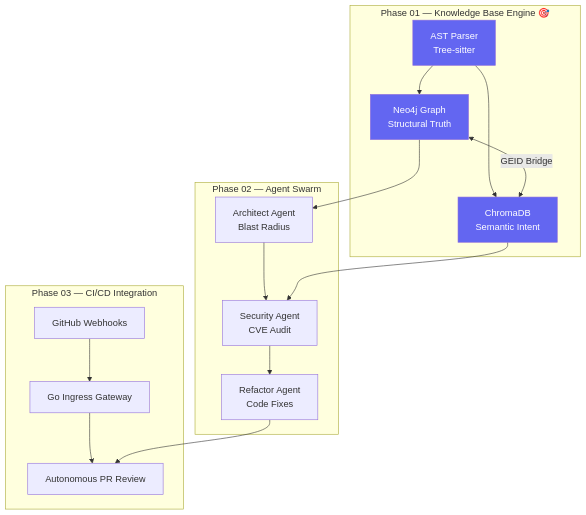
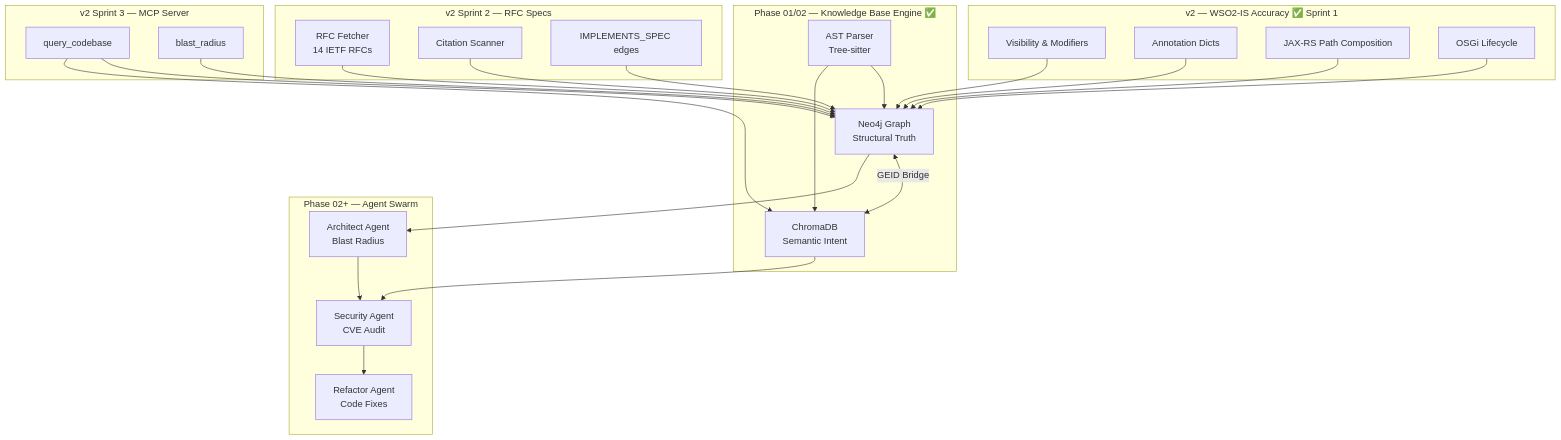
The second of 2 diagrams in docs/PROJECT_PROPOSAL.md (Bin4yi/nexus), drawn with Mermaid before and after one commit. The commit also changed other lines of this file and 20 other files, not shown here.

````diff
--- a/docs/PROJECT_PROPOSAL.md
+++ b/docs/PROJECT_PROPOSAL.md
@@ -58,26 +65,35 @@
 ```mermaid
 graph TB
-    subgraph "Phase 01 — Knowledge Base Engine 🎯"
+    subgraph "Phase 01/02 — Knowledge Base Engine ✅"
         P1[AST Parser<br/>Tree-sitter] --> P2[Neo4j Graph<br/>Structural Truth]
         P1 --> P3[ChromaDB<br/>Semantic Intent]
         P2 <-->|GEID Bridge| P3
     end
 
-    subgraph "Phase 02 — Agent Swarm"
+    subgraph "v2 — WSO2-IS Accuracy ✅ Sprint 1"
+        V1[Visibility & Modifiers] --> P2
+        V2[Annotation Dicts] --> P2
+        V3[JAX-RS Path Composition] --> P2
+        V4[OSGi Lifecycle] --> P2
+    end
+
+    subgraph "v2 Sprint 2 — RFC Specs"
+        R1[RFC Fetcher<br/>14 IETF RFCs] --> P2
+        R2[Citation Scanner] --> P2
+        R3[IMPLEMENTS_SPEC edges] --> P2
+    end
+
+    subgraph "v2 Sprint 3 — MCP Server"
+        M1[query_codebase] --> P2
+        M1 --> P3
+        M2[blast_radius] --> P2
+    end
+
+    subgraph "Phase 02+ — Agent Swarm"
         A1[Architect Agent<br/>Blast Radius] --> A2[Security Agent<br/>CVE Audit]
         A2 --> A3[Refactor Agent<br/>Code Fixes]
     end
 
-    subgraph "Phase 03 — CI/CD Integration"
-        C1[GitHub Webhooks] --> C2[Go Ingress Gateway]
-        C2 --> C3[Autonomous PR Review]
-    end
-
     P2 --> A1
     P3 --> A2
-    A3 --> C3
-
-    style P1 fill:#6366f1,color:#fff
-    style P2 fill:#6366f1,color:#fff
-    style P3 fill:#6366f1,color:#fff
 ```
````
